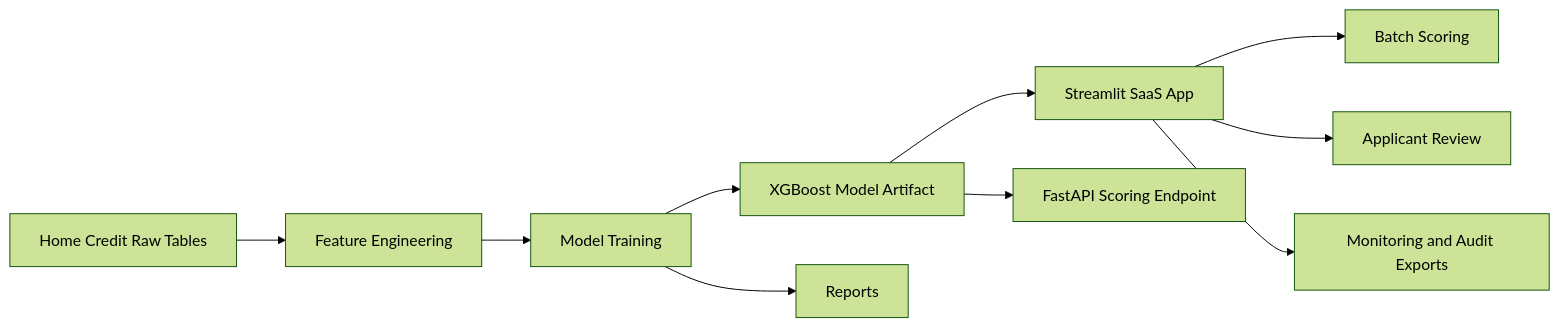
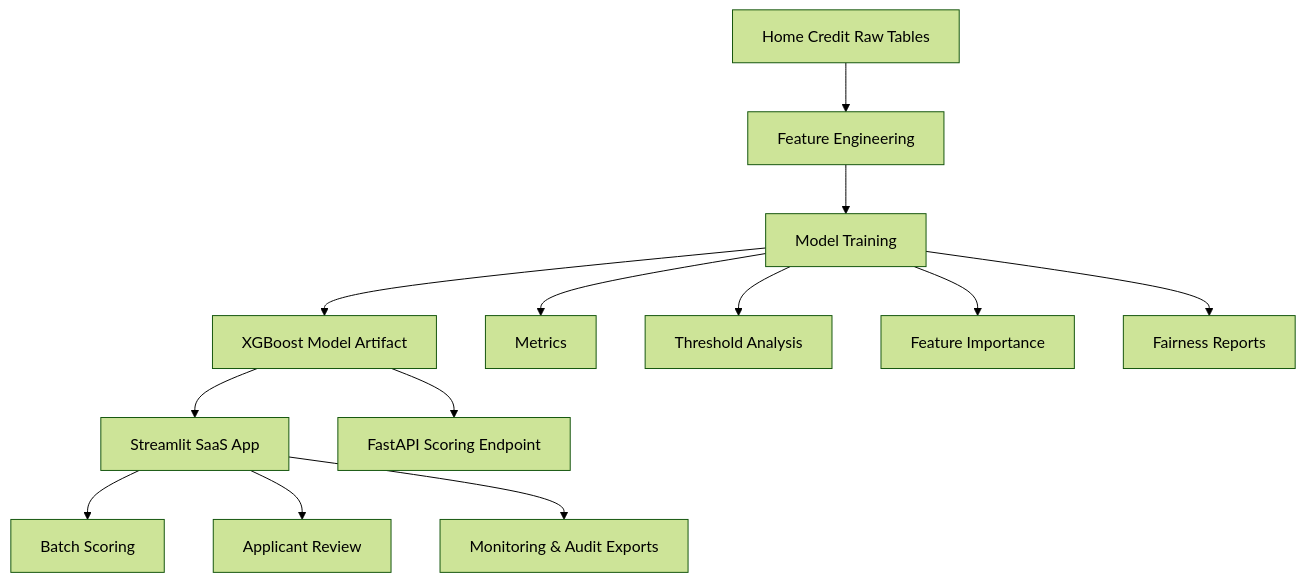
One commit to hemant2186/credit-risk-loan-default-prediction changed the diagram in README.md. Above: the diagram before and after it, drawn with Mermaid (forest theme).

Commit message:
Fix Mermaid diagram

````diff
--- a/README.md
+++ b/README.md
@@ -57,16 +57,24 @@
 ```mermaid
-flowchart LR
-    A["Home Credit Raw Tables"] --> B["Feature Engineering"]
-    B --> C["Model Training"]
-    C --> D["XGBoost Model Artifact"]
+flowchart TD
+    A["Home Credit Raw Tables"]
+    B["Feature Engineering"]
+    C["Model Training"]
+    D["XGBoost Model Artifact"]
+    E["Streamlit SaaS App"]
 
-    D --> E["Streamlit SaaS App"]
+    A --> B
+    B --> C
+    C --> D
+    D --> E
 
     E --> F["Batch Scoring"]
     E --> G["Applicant Review"]
-    E --> H["Monitoring and Audit Exports"]
+    E --> H["Monitoring & Audit Exports"]
 
     D --> I["FastAPI Scoring Endpoint"]
 
-    C --> J["Reports"]
+    C --> J["Metrics"]
+    C --> K["Threshold Analysis"]
+    C --> L["Feature Importance"]
+    C --> M["Fairness Reports"]
 ```
````
